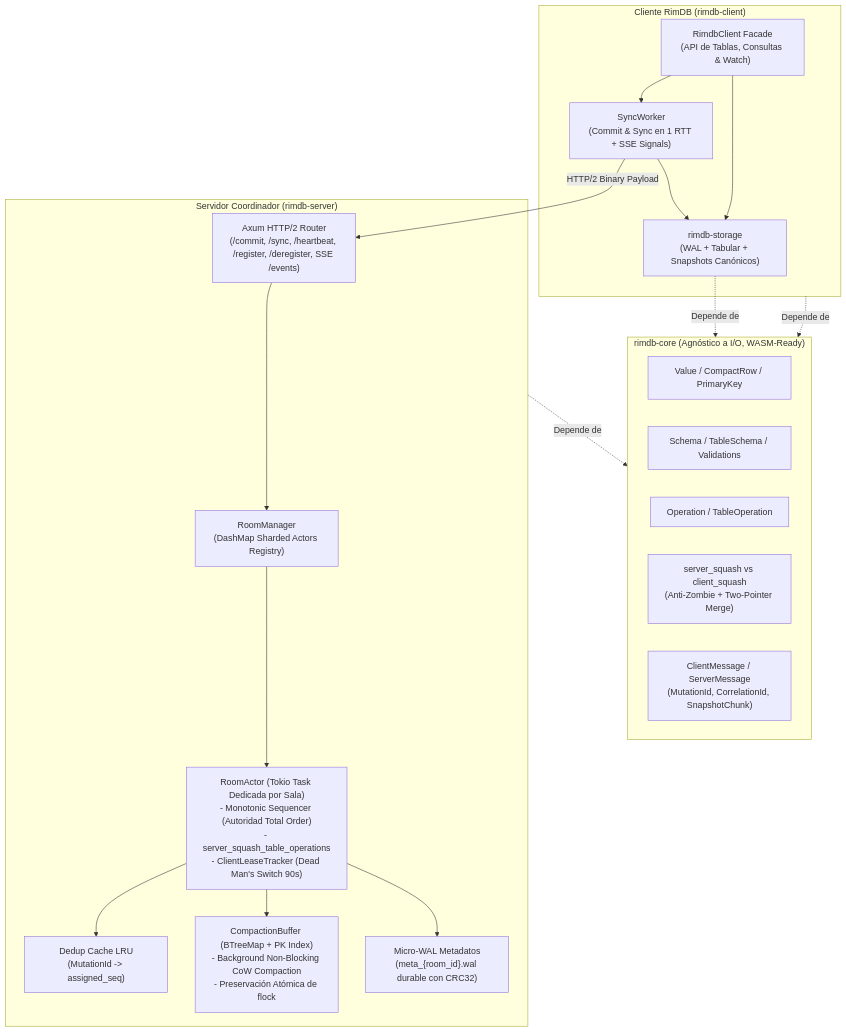
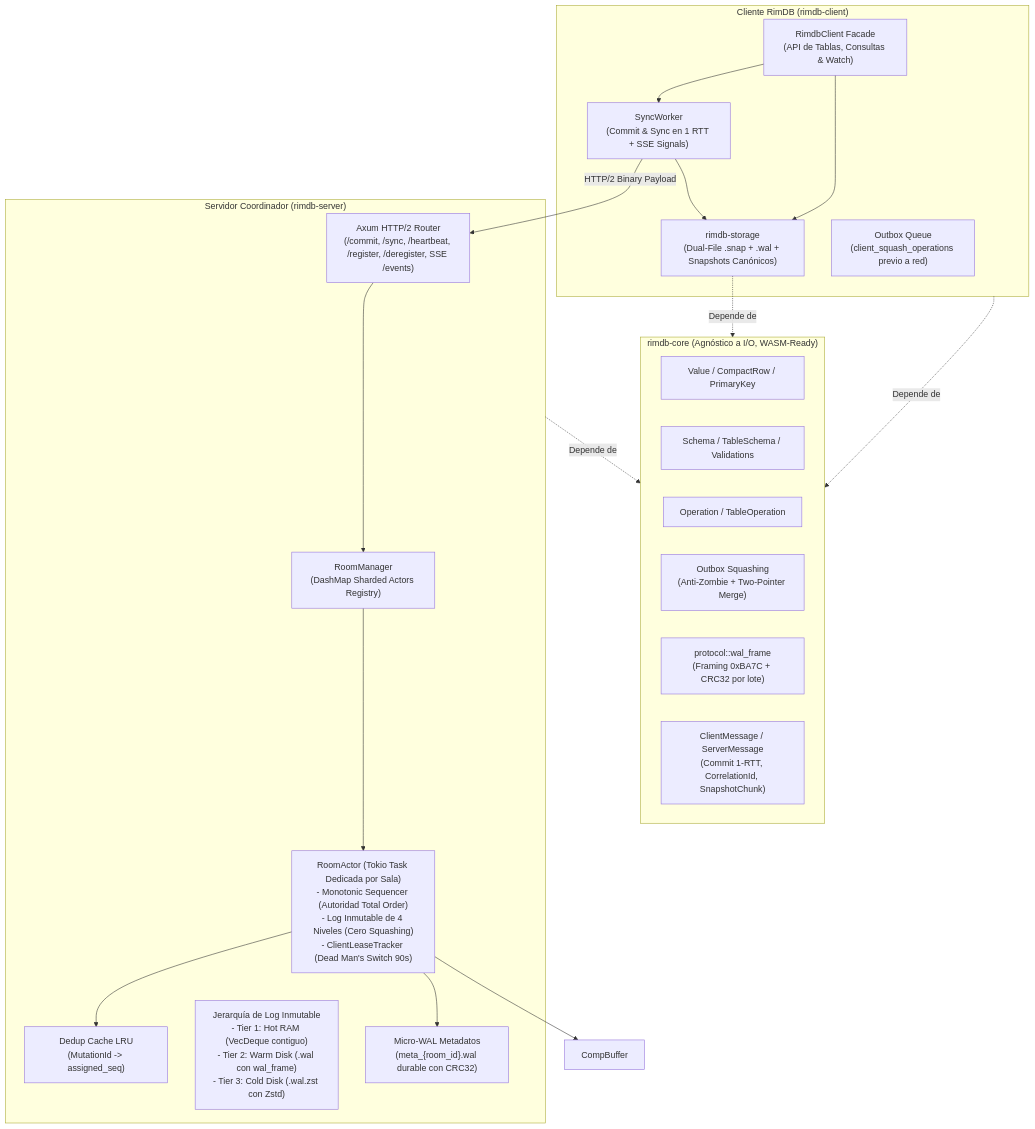
Before and after one commit to sanrome/zemdb: the diagram in ROADMAP.md, drawn with Mermaid. The commit also changed other lines of this file and 4 other files, not shown here.

First line of the commit message:
docs: record Phase 3 multidisciplinary audit, unified proposal, and roadmap updates

````diff
--- a/ROADMAP.md
+++ b/ROADMAP.md
@@ -142,38 +146,40 @@
 ```mermaid
 flowchart TD
     subgraph Client["Cliente RimDB (rimdb-client)"]
         API["RimdbClient Facade<br/>(API de Tablas, Consultas & Watch)"]
         SyncWorker["SyncWorker<br/>(Commit & Sync en 1 RTT + SSE Signals)"]
-        Store["rimdb-storage<br/>(WAL + Tabular + Snapshots Canónicos)"]
+        Store["rimdb-storage<br/>(Dual-File .snap + .wal + Snapshots Canónicos)"]
+        Outbox["Outbox Queue<br/>(client_squash_operations previo a red)"]
     end
 
     subgraph Core["rimdb-core (Agnóstico a I/O, WASM-Ready)"]
         Types["Value / CompactRow / PrimaryKey"]
         SchemaMod["Schema / TableSchema / Validations"]
         OpMod["Operation / TableOperation"]
-        SquashMod["server_squash vs client_squash<br/>(Anti-Zombie + Two-Pointer Merge)"]
-        ProtoMod["ClientMessage / ServerMessage<br/>(MutationId, CorrelationId, SnapshotChunk)"]
+        SquashMod["Outbox Squashing<br/>(Anti-Zombie + Two-Pointer Merge)"]
+        WalFrame["protocol::wal_frame<br/>(Framing 0xBA7C + CRC32 por lote)"]
+        ProtoMod["ClientMessage / ServerMessage<br/>(Commit 1-RTT, CorrelationId, SnapshotChunk)"]
     end
 
     subgraph Server["Servidor Coordinador (rimdb-server)"]
         AxumRouter["Axum HTTP/2 Router<br/>(/commit, /sync, /heartbeat, /register, /deregister, SSE /events)"]
         RoomManager["RoomManager<br/>(DashMap Sharded Actors Registry)"]
         DedupCache["Dedup Cache LRU<br/>(MutationId -> assigned_seq)"]
-        RoomActor["RoomActor (Tokio Task Dedicada por Sala)<br/>- Monotonic Sequencer (Autoridad Total Order)<br/>- server_squash_table_operations<br/>- ClientLeaseTracker (Dead Man's Switch 90s)"]
-        CompBuffer["CompactionBuffer (BTreeMap + PK Index)<br/>- Background Non-Blocking CoW Compaction<br/>- Preservación Atómica de flock"]
+        RoomActor["RoomActor (Tokio Task Dedicada por Sala)<br/>- Monotonic Sequencer (Autoridad Total Order)<br/>- Log Inmutable de 4 Niveles (Cero Squashing)<br/>- ClientLeaseTracker (Dead Man's Switch 90s)"]
+        LogTiers["Jerarquía de Log Inmutable<br/>- Tier 1: Hot RAM (VecDeque contiguo)<br/>- Tier 2: Warm Disk (.wal con wal_frame)<br/>- Tier 3: Cold Disk (.wal.zst con Zstd)"]
         MicroWAL["Micro-WAL Metadatos<br/>(meta_{room_id}.wal durable con CRC32)"]
     end
 
     API --> SyncWorker
     API --> Store
     SyncWorker --> Store
     Client -.->|Depende de| Core
     Server -.->|Depende de| Core
     Store -.->|Depende de| Core
     SyncWorker -->|HTTP/2 Binary Payload| AxumRouter
     AxumRouter --> RoomManager
     RoomManager --> RoomActor
     RoomActor --> DedupCache
     RoomActor --> CompBuffer
     RoomActor --> MicroWAL
 ```
````
